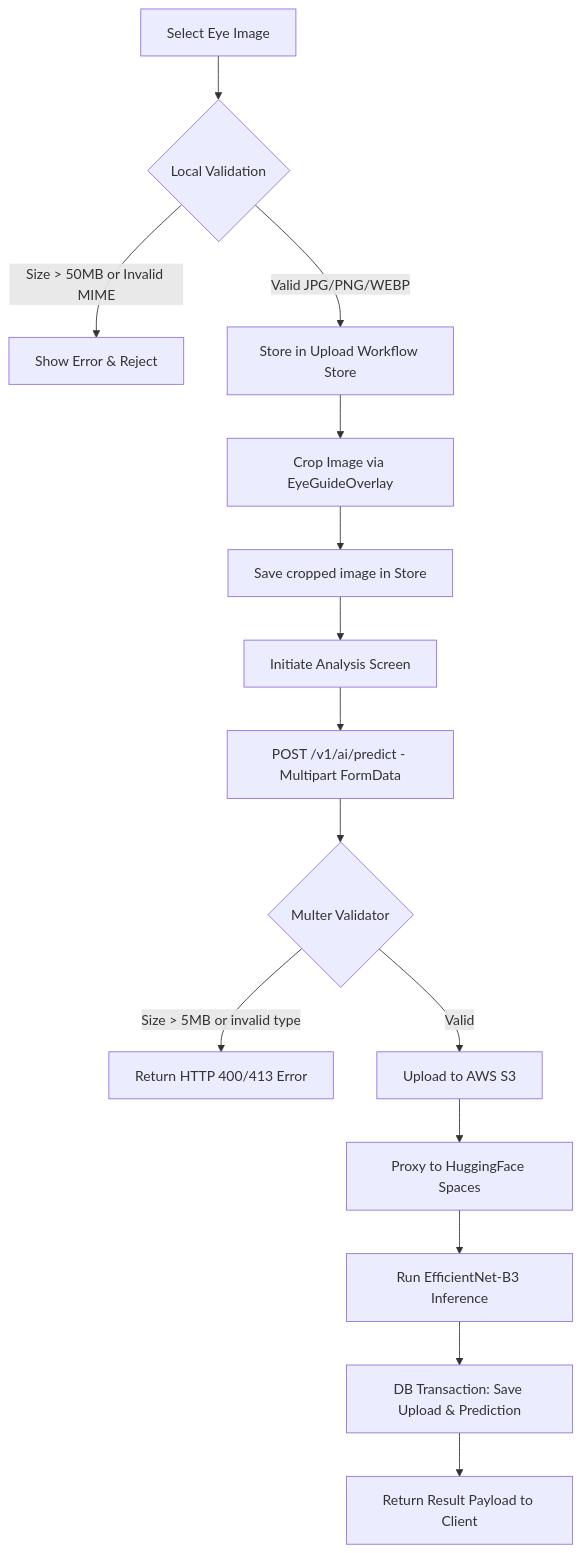
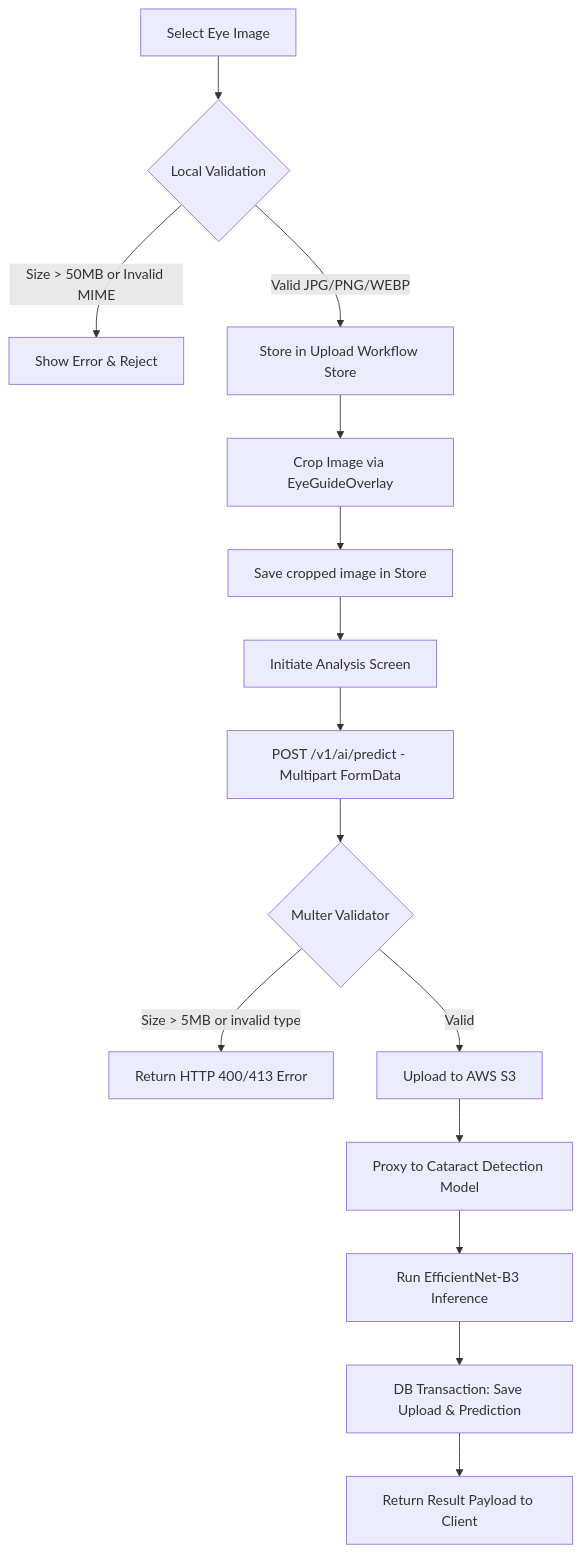
Before and after one commit to sameer2210/Doc-Ai: the fourth of 11 diagrams in backend/README.md, drawn with Mermaid. The commit also changed other lines of this file and 22 other files, not shown here.

Commit message:
change hugging face .env

````diff
--- a/backend/README.md
+++ b/backend/README.md
@@ -337,17 +337,17 @@
 ```mermaid
 graph TD
     Select[Select Eye Image] --> LocalVal{Local Validation}
     LocalVal -->|Size > 50MB or Invalid MIME| RejectLocal[Show Error & Reject]
     LocalVal -->|Valid JPG/PNG/WEBP| Workflow[Store in Upload Workflow Store]
     Workflow --> Crop[Crop Image via EyeGuideOverlay]
     Crop --> ConfirmCrop[Save cropped image in Store]
     ConfirmCrop --> Analysis[Initiate Analysis Screen]
     Analysis --> UploadBE[POST /v1/ai/predict - Multipart FormData]
     UploadBE --> MulterVal{Multer Validator}
     MulterVal -->|Size > 5MB or invalid type| RejectBE[Return HTTP 400/413 Error]
     MulterVal -->|Valid| S3Upload[Upload to AWS S3]
-    S3Upload --> MLGateway[Proxy to HuggingFace Spaces]
+    S3Upload --> MLGateway[Proxy to Cataract Detection Model]
     MLGateway --> Predict[Run EfficientNet-B3 Inference]
     Predict --> DBTrans[DB Transaction: Save Upload & Prediction]
     DBTrans --> Result[Return Result Payload to Client]
 ```
````
